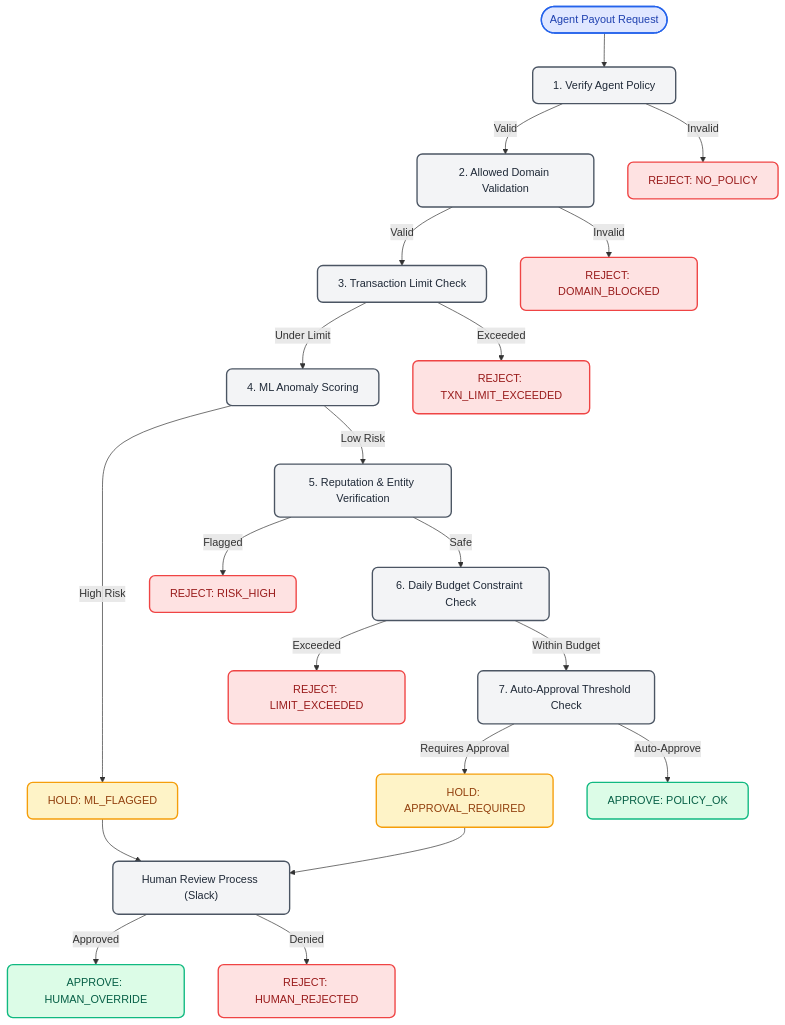
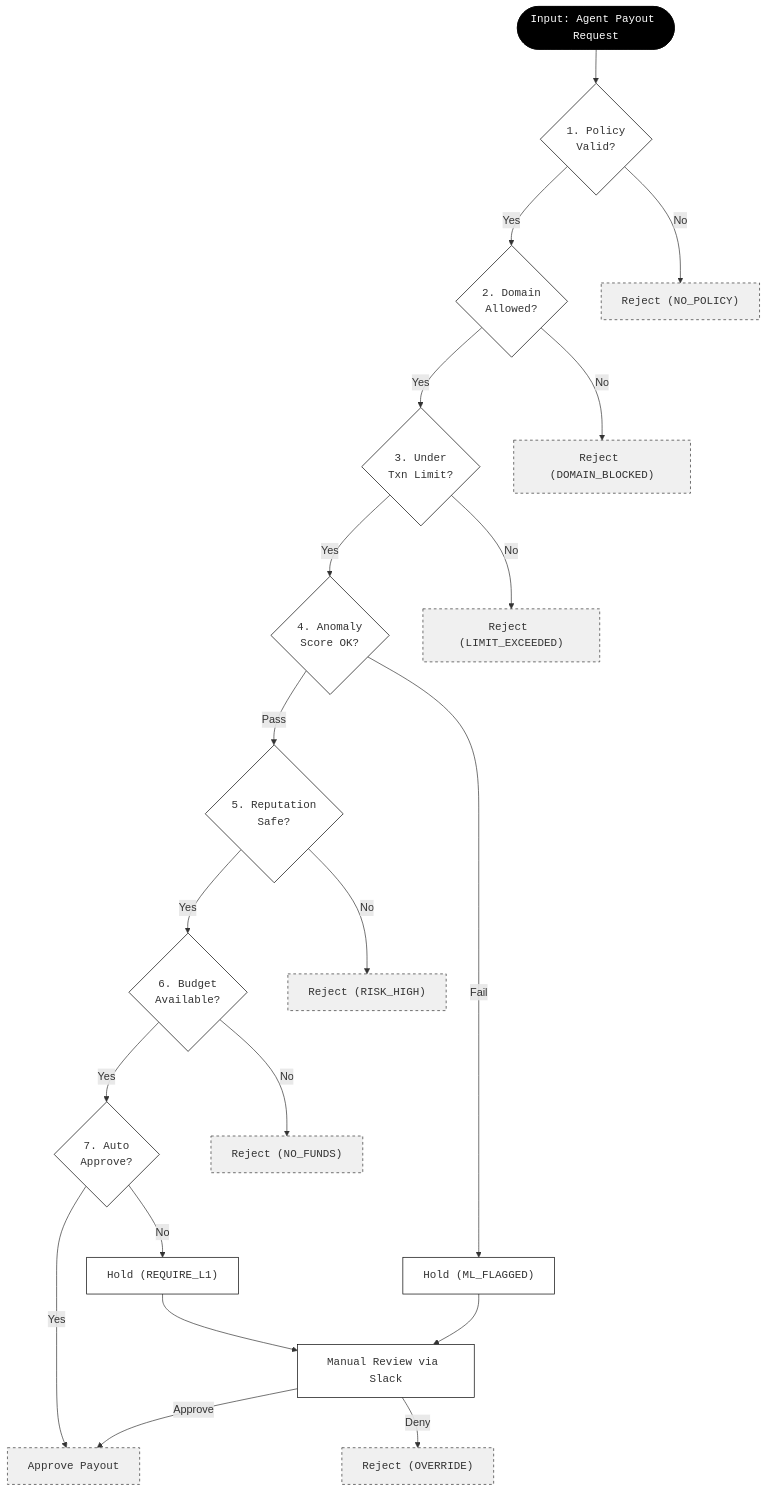
One commit to guglxni/VyapaarClaw changed the diagram in docs/system_flow.mmd. Above: the diagram before and after it, drawn with Mermaid. The commit also changed 8 other files, not shown here.

Commit message:
docs: redesign diagrams to be scientific and compact

```diff
--- a/docs/system_flow.mmd
+++ b/docs/system_flow.mmd
@@ -1,38 +1,33 @@
-flowchart TD
-    %% Professional Flowchart Styling
-    classDef default fill:#FFFFFF,stroke:#333333,stroke-width:2px,color:#333333,font-family:sans-serif;
-    classDef trigger fill:#E0E7FF,stroke:#2563EB,color:#1E40AF,rx:8,ry:8,stroke-width:2px;
-    classDef process fill:#F3F4F6,stroke:#4B5563,color:#1F2937,rx:8,ry:8,stroke-width:2px;
-    classDef allow fill:#DCFCE7,stroke:#10B981,color:#065F46,rx:8,ry:8,stroke-width:2px;
-    classDef reject fill:#FEE2E2,stroke:#EF4444,color:#991B1B,rx:8,ry:8,stroke-width:2px;
-    classDef hold fill:#FEF3C7,stroke:#F59E0B,color:#92400E,rx:8,ry:8,stroke-width:2px;
-    classDef boundary fill:none,stroke:#9CA3AF,stroke-width:2px,stroke-dasharray: 5 5;
+graph TD
+    %% Scientific Flowchart
+    classDef io fill:#000,stroke:#000,color:#fff,font-family:monospace;
+    classDef step fill:#fff,stroke:#000,stroke-width:1px,font-family:monospace;
+    classDef cond fill:#fff,stroke:#000,stroke-width:1px,font-family:monospace;
+    classDef terminal fill:#f0f0f0,stroke:#333,stroke-width:1px,stroke-dasharray: 4 4,font-family:monospace;
 
-    Start(["Agent Payout Request"]):::trigger --> CheckPol["1. Verify Agent Policy"]:::process
+    Start(["Input: Agent Payout Request"]):::io --> CheckPol{"1. Policy<br/>Valid?"}:::cond
+    CheckPol -- Yes --> CheckDom{"2. Domain<br/>Allowed?"}:::cond
+    CheckPol -- No --> R1["Reject (NO_POLICY)"]:::terminal
     
-    CheckPol -- "Valid" --> CheckDom["2. Allowed Domain Validation"]:::process
-    CheckPol -- "Invalid" --> R1["REJECT: NO_POLICY"]:::reject
+    CheckDom -- Yes --> CheckTxn{"3. Under<br/>Txn Limit?"}:::cond
+    CheckDom -- No --> R2["Reject (DOMAIN_BLOCKED)"]:::terminal
     
-    CheckDom -- "Valid" --> CheckTxn["3. Transaction Limit Check"]:::process
-    CheckDom -- "Invalid" --> R2["REJECT: DOMAIN_BLOCKED"]:::reject
+    CheckTxn -- Yes --> CheckML{"4. Anomaly<br/>Score OK?"}:::cond
+    CheckTxn -- No --> R3["Reject (LIMIT_EXCEEDED)"]:::terminal
     
-    CheckTxn -- "Under Limit" --> CheckML["4. ML Anomaly Scoring"]:::process
-    CheckTxn -- "Exceeded" --> R3["REJECT: TXN_LIMIT_EXCEEDED"]:::reject
+    CheckML -- Pass --> CheckRep{"5. Reputation<br/>Safe?"}:::cond
+    CheckML -- Fail --> H1["Hold (ML_FLAGGED)"]:::step
     
-    CheckML -- "Low Risk" --> CheckRep["5. Reputation & Entity Verification"]:::process
-    CheckML -- "High Risk" --> H1["HOLD: ML_FLAGGED"]:::hold
+    CheckRep -- Yes --> CheckBud{"6. Budget<br/>Available?"}:::cond
+    CheckRep -- No --> R4["Reject (RISK_HIGH)"]:::terminal
     
-    CheckRep -- "Safe" --> CheckDaily["6. Daily Budget Constraint Check"]:::process
-    CheckRep -- "Flagged" --> R4["REJECT: RISK_HIGH"]:::reject
+    CheckBud -- Yes --> CheckAuto{"7. Auto<br/>Approve?"}:::cond
+    CheckBud -- No --> R5["Reject (NO_FUNDS)"]:::terminal
     
-    CheckDaily -- "Within Budget" --> CheckApproval["7. Auto-Approval Threshold Check"]:::process
-    CheckDaily -- "Exceeded" --> R5["REJECT: LIMIT_EXCEEDED"]:::reject
+    CheckAuto -- Yes --> App["Approve Payout"]:::terminal
+    CheckAuto -- No --> H2["Hold (REQUIRE_L1)"]:::step
     
-    CheckApproval -- "Requires Approval" --> H2["HOLD: APPROVAL_REQUIRED"]:::hold
-    CheckApproval -- "Auto-Approve" --> App1["APPROVE: POLICY_OK"]:::allow
-    
-    H1 --> ManualReview["Human Review Process (Slack)"]:::process
-    H2 --> ManualReview
-    
-    ManualReview -- "Approved" --> App2["APPROVE: HUMAN_OVERRIDE"]:::allow
-    ManualReview -- "Denied" --> R6["REJECT: HUMAN_REJECTED"]:::reject
+    H1 --> M["Manual Review via Slack"]:::step
+    H2 --> M
+    M -- Approve --> App
+    M -- Deny --> R6["Reject (OVERRIDE)"]:::terminal
```
